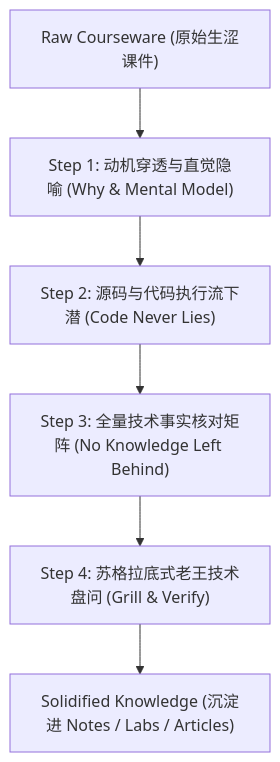
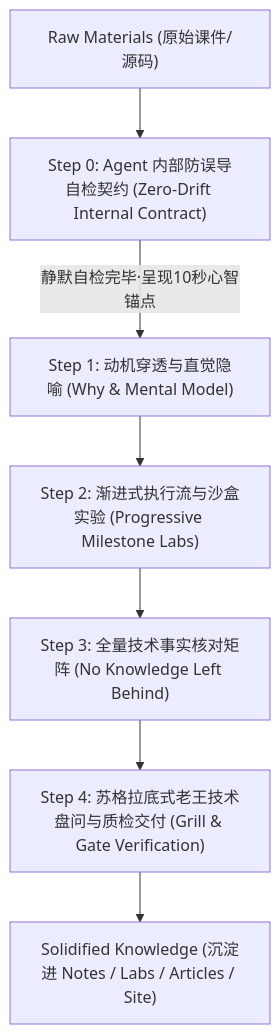
The second of 2 diagrams in AGENTS.md (ljxpython/pi-agent-study), drawn with Mermaid before and after one commit. The commit also changed other lines of this file and 73 other files, not shown here.

Commit message:
feat(pi-study): complete Part 1-4 full curriculum, notes, labs and site verification

````diff
--- a/AGENTS.md
+++ b/AGENTS.md
@@ -69,8 +110,9 @@
 ```mermaid
 flowchart TD
-    A["Raw Courseware (原始生涩课件)"] --> B["Step 1: 动机穿透与直觉隐喻 (Why & Mental Model)"]
-    B --> C["Step 2: 源码与代码执行流下潜 (Code Never Lies)"]
+    A["Raw Materials (原始课件/源码)"] --> Step0["Step 0: Agent 内部防误导自检契约 (Zero-Drift Internal Contract)"]
+    Step0 -->|"静默自检完毕·呈现10秒心智锚点"| B["Step 1: 动机穿透与直觉隐喻 (Why & Mental Model)"]
+    B --> C["Step 2: 渐进式执行流与沙盒实验 (Progressive Milestone Labs)"]
     C --> D["Step 3: 全量技术事实核对矩阵 (No Knowledge Left Behind)"]
-    D --> E["Step 4: 苏格拉底式老王技术盘问 (Grill & Verify)"]
-    E --> F["Solidified Knowledge (沉淀进 Notes / Labs / Articles)"]
+    D --> E["Step 4: 苏格拉底式老王技术盘问与质检交付 (Grill & Gate Verification)"]
+    E --> F["Solidified Knowledge (沉淀进 Notes / Labs / Articles / Site)"]
 ```
````
